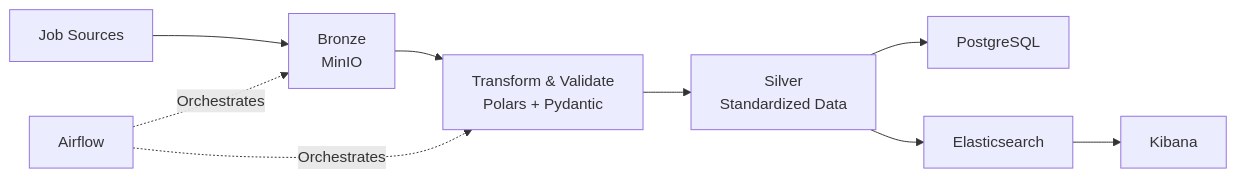
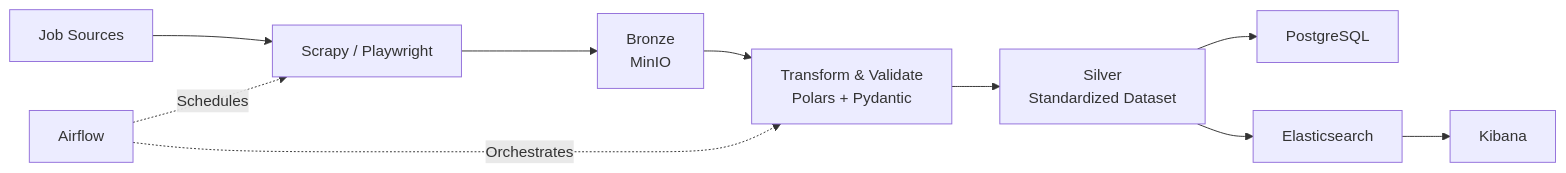
One commit to godwindk3/joblake changed the diagram in architecture.md. Above: the diagram before and after it, drawn with Mermaid. The commit also changed other lines of this file and 1 other file, not shown here.

Commit message:
modify architect

````diff
--- a/architecture.md
+++ b/architecture.md
@@ -22,24 +23,24 @@
 ```mermaid
 graph LR
 
 A[Job Sources]
---> B[Bronze<br/>MinIO]
+--> B[Scrapy / Playwright]
 
-B --> C[Transform & Validate<br/>Polars + Pydantic]
+B --> C[Bronze<br/>MinIO]
 
-C --> D[Silver<br/>Standardized Data]
+C --> D[Transform & Validate<br/>Polars + Pydantic]
 
-D --> E[PostgreSQL]
+D --> E[Silver<br/>Standardized Dataset]
 
-D --> F[Elasticsearch]
+E --> F[PostgreSQL]
 
-F --> G[Kibana]
+E --> G[Elasticsearch]
 
-H[Airflow]
--. Orchestrates .->
-B
+G --> H[Kibana]
 
-H
--. Orchestrates .->
-C
+I[Airflow]
+-. Schedules .-> B
+
+I
+-. Orchestrates .-> D
 ```
````
